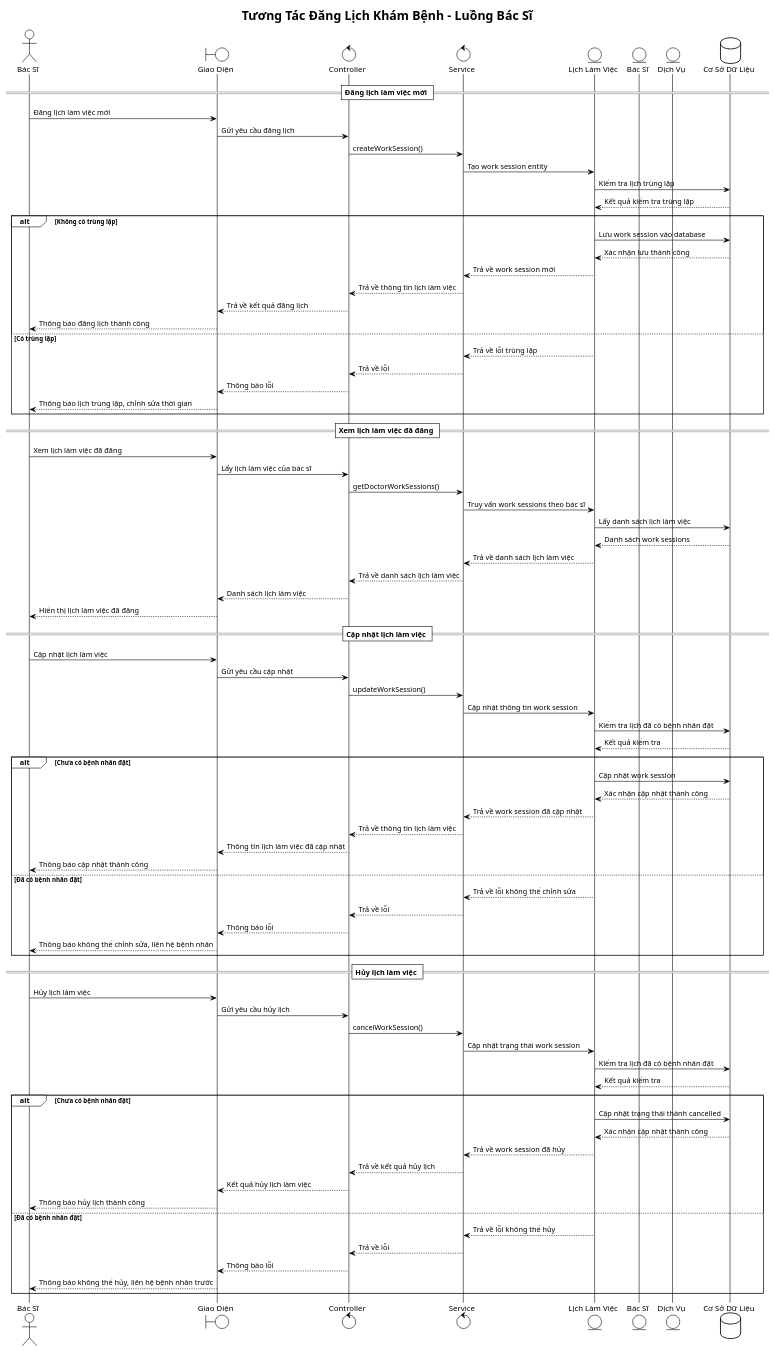
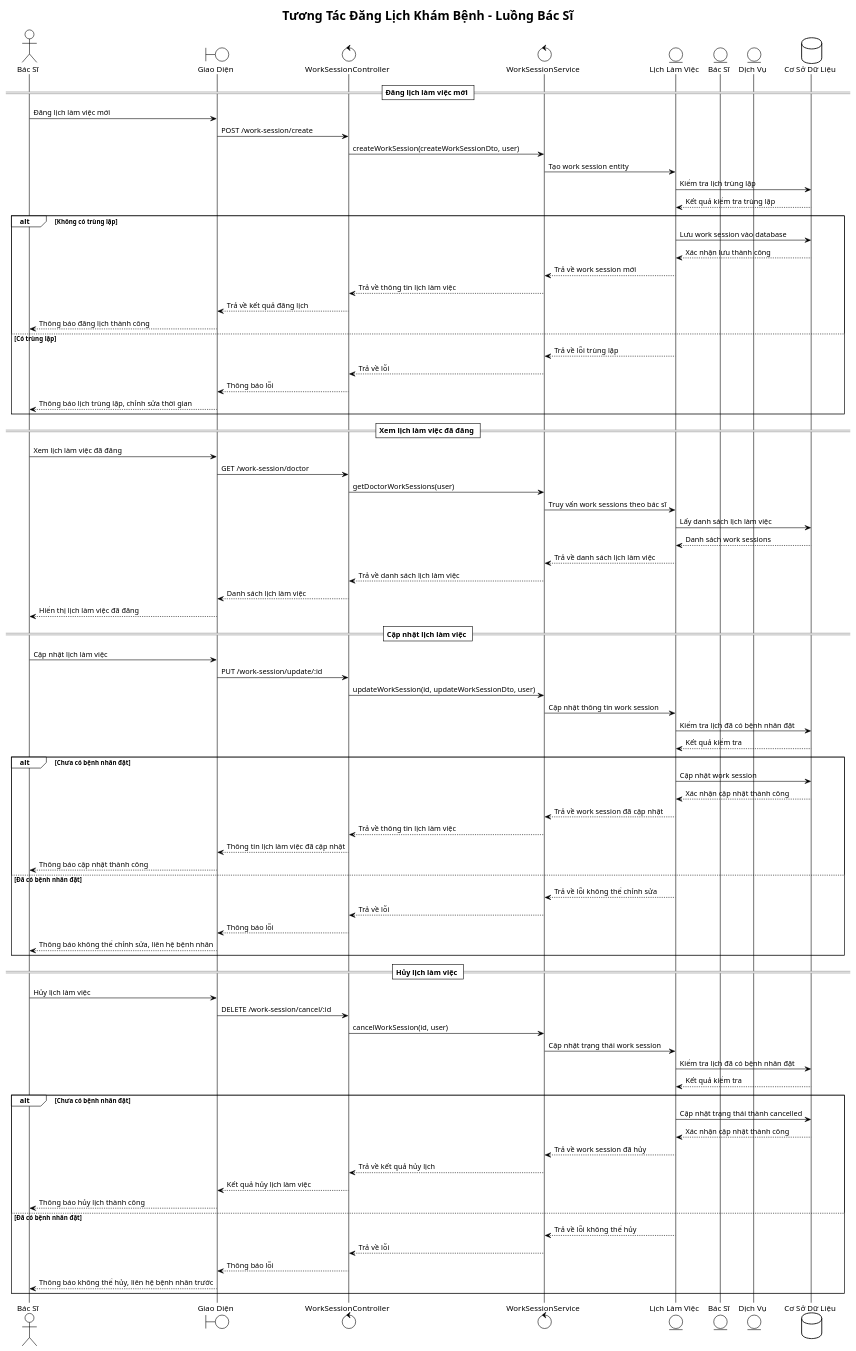
One commit to iamKhang/revita-be changed the diagram in docs/appointment-booking-management-sequence.puml. Above: the diagram before and after it, drawn with PlantUML. The commit also changed 7 other files, not shown here.

Commit message:
Update sequence diagram

```diff
--- a/docs/appointment-booking-management-sequence.puml
+++ b/docs/appointment-booking-management-sequence.puml
@@ -1,99 +1,99 @@
 @startuml Appointment Booking - Management Sequence Diagram
 !theme plain
 title Tương Tác Đăng Lịch Khám Bệnh - Luồng Bác Sĩ
 
 actor "Bác Sĩ" as D
 boundary "Giao Diện" as F
-control "Controller" as C
-control "Service" as S
+control "WorkSessionController" as C
+control "WorkSessionService" as S
 entity "Lịch Làm Việc" as WS
 entity "Bác Sĩ" as DOC
 entity "Dịch Vụ" as SV
 database "Cơ Sở Dữ Liệu" as DB
 
 == Đăng lịch làm việc mới ==
 
 D -> F: Đăng lịch làm việc mới
-F -> C: Gửi yêu cầu đăng lịch
-C -> S: createWorkSession()
+F -> C: POST /work-session/create
+C -> S: createWorkSession(createWorkSessionDto, user)
 S -> WS: Tạo work session entity
 WS -> DB: Kiểm tra lịch trùng lặp
 DB --> WS: Kết quả kiểm tra trùng lặp
 
 alt Không có trùng lặp
   WS -> DB: Lưu work session vào database
   DB --> WS: Xác nhận lưu thành công
   WS --> S: Trả về work session mới
   S --> C: Trả về thông tin lịch làm việc
   C --> F: Trả về kết quả đăng lịch
   F --> D: Thông báo đăng lịch thành công
   
 else Có trùng lặp
   WS --> S: Trả về lỗi trùng lặp
   S --> C: Trả về lỗi
   C --> F: Thông báo lỗi
   F --> D: Thông báo lịch trùng lặp, chỉnh sửa thời gian
 end
 
 == Xem lịch làm việc đã đăng ==
 
 D -> F: Xem lịch làm việc đã đăng
-F -> C: Lấy lịch làm việc của bác sĩ
-C -> S: getDoctorWorkSessions()
+F -> C: GET /work-session/doctor
+C -> S: getDoctorWorkSessions(user)
 S -> WS: Truy vấn work sessions theo bác sĩ
 WS -> DB: Lấy danh sách lịch làm việc
 DB --> WS: Danh sách work sessions
 WS --> S: Trả về danh sách lịch làm việc
 S --> C: Trả về danh sách lịch làm việc
 C --> F: Danh sách lịch làm việc
 F --> D: Hiển thị lịch làm việc đã đăng
 
 == Cập nhật lịch làm việc ==
 
 D -> F: Cập nhật lịch làm việc
-F -> C: Gửi yêu cầu cập nhật
-C -> S: updateWorkSession()
+F -> C: PUT /work-session/update/:id
+C -> S: updateWorkSession(id, updateWorkSessionDto, user)
 S -> WS: Cập nhật thông tin work session
 WS -> DB: Kiểm tra lịch đã có bệnh nhân đặt
 DB --> WS: Kết quả kiểm tra
 
 alt Chưa có bệnh nhân đặt
   WS -> DB: Cập nhật work session
   DB --> WS: Xác nhận cập nhật thành công
   WS --> S: Trả về work session đã cập nhật
   S --> C: Trả về thông tin lịch làm việc
   C --> F: Thông tin lịch làm việc đã cập nhật
   F --> D: Thông báo cập nhật thành công
   
 else Đã có bệnh nhân đặt
   WS --> S: Trả về lỗi không thể chỉnh sửa
   S --> C: Trả về lỗi
   C --> F: Thông báo lỗi
   F --> D: Thông báo không thể chỉnh sửa, liên hệ bệnh nhân
 end
 
 == Hủy lịch làm việc ==
 
 D -> F: Hủy lịch làm việc
-F -> C: Gửi yêu cầu hủy lịch
-C -> S: cancelWorkSession()
+F -> C: DELETE /work-session/cancel/:id
+C -> S: cancelWorkSession(id, user)
 S -> WS: Cập nhật trạng thái work session
 WS -> DB: Kiểm tra lịch đã có bệnh nhân đặt
 DB --> WS: Kết quả kiểm tra
 
 alt Chưa có bệnh nhân đặt
   WS -> DB: Cập nhật trạng thái thành cancelled
   DB --> WS: Xác nhận cập nhật thành công
   WS --> S: Trả về work session đã hủy
   S --> C: Trả về kết quả hủy lịch
   C --> F: Kết quả hủy lịch làm việc
   F --> D: Thông báo hủy lịch thành công
   
 else Đã có bệnh nhân đặt
   WS --> S: Trả về lỗi không thể hủy
   S --> C: Trả về lỗi
   C --> F: Thông báo lỗi
   F --> D: Thông báo không thể hủy, liên hệ bệnh nhân trước
 end
 
 @enduml
```
